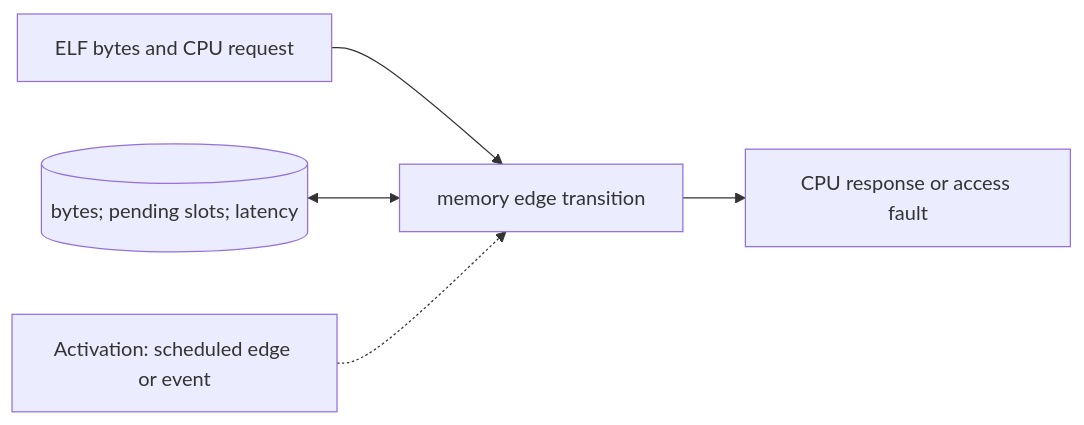
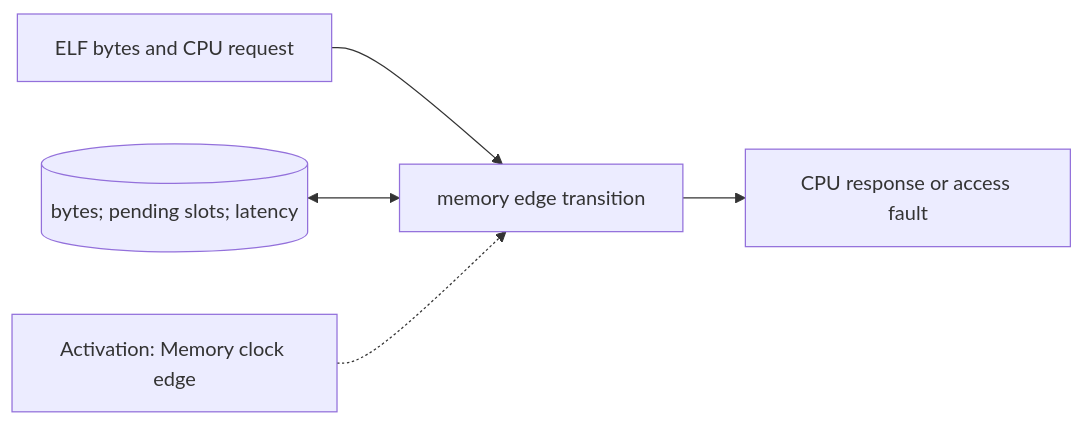
The diagram in docs/modules/memory-and-response-model.md (qsbit-org/qsbit-sim), drawn with Mermaid before and after one commit. The commit also changed other lines of this file and 24 other files, not shown here.

````diff
--- a/docs/modules/memory-and-response-model.md
+++ b/docs/modules/memory-and-response-model.md
@@ -17,7 +17,7 @@
 ```mermaid
 flowchart LR
     U["ELF bytes and CPU request"] --> P["memory edge transition"]
     S[("bytes; pending slots; latency")] <--> P
     P --> D["CPU response or access fault"]
-    K["Activation: scheduled edge or event"] -.-> P
+    K["Activation: Memory clock edge"] -.-> P
 ```
````
